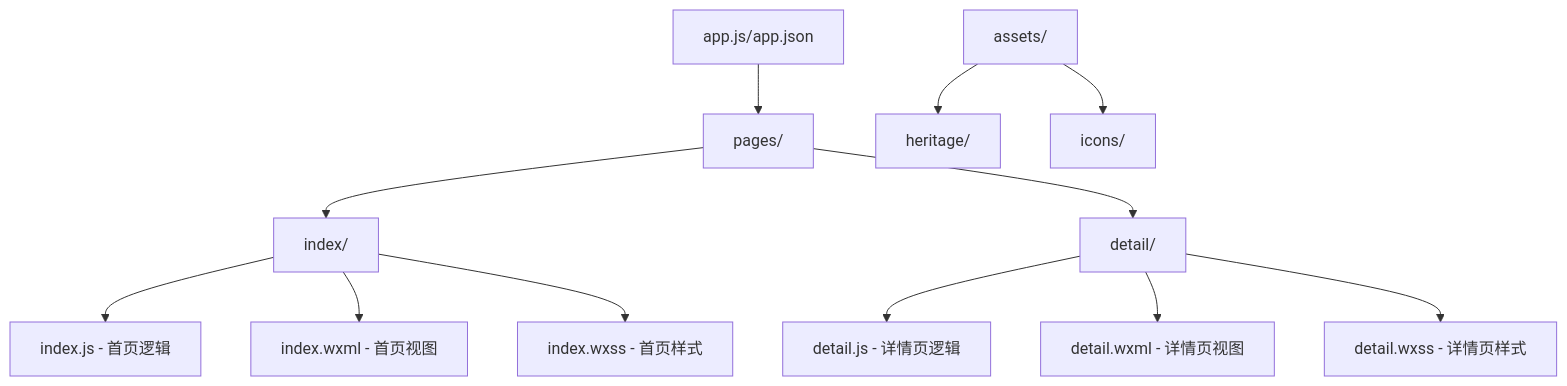
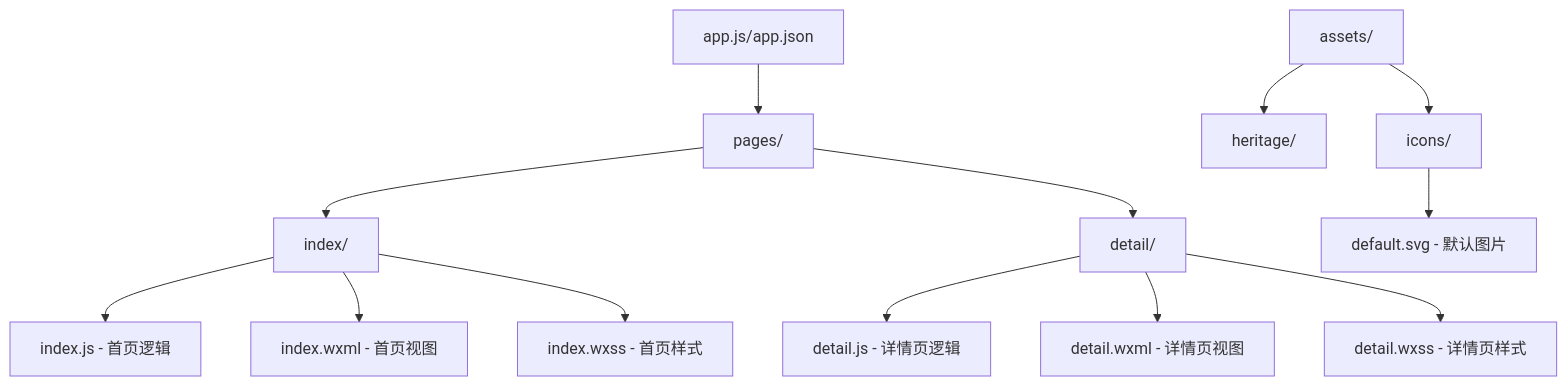
One commit to HandyWote/ChaoYiXingHuo changed the first of 2 diagrams in README.md. Above: the diagram before and after it, drawn with Mermaid. The commit also changed other lines of this file, not shown here.

````diff
--- a/README.md
+++ b/README.md
@@ -21,14 +26,15 @@
 ```mermaid
 graph TD
     A[app.js/app.json] --> B[pages/]
     B --> C[index/]
     B --> D[detail/]
     E[assets/] --> F[heritage/]
     E --> G[icons/]
     C --> H[index.js - 首页逻辑]
     C --> I[index.wxml - 首页视图]
     C --> J[index.wxss - 首页样式]
     D --> K[detail.js - 详情页逻辑]
     D --> L[detail.wxml - 详情页视图]
     D --> M[detail.wxss - 详情页样式]
+    G --> N[default.svg - 默认图片]
 ```
````
